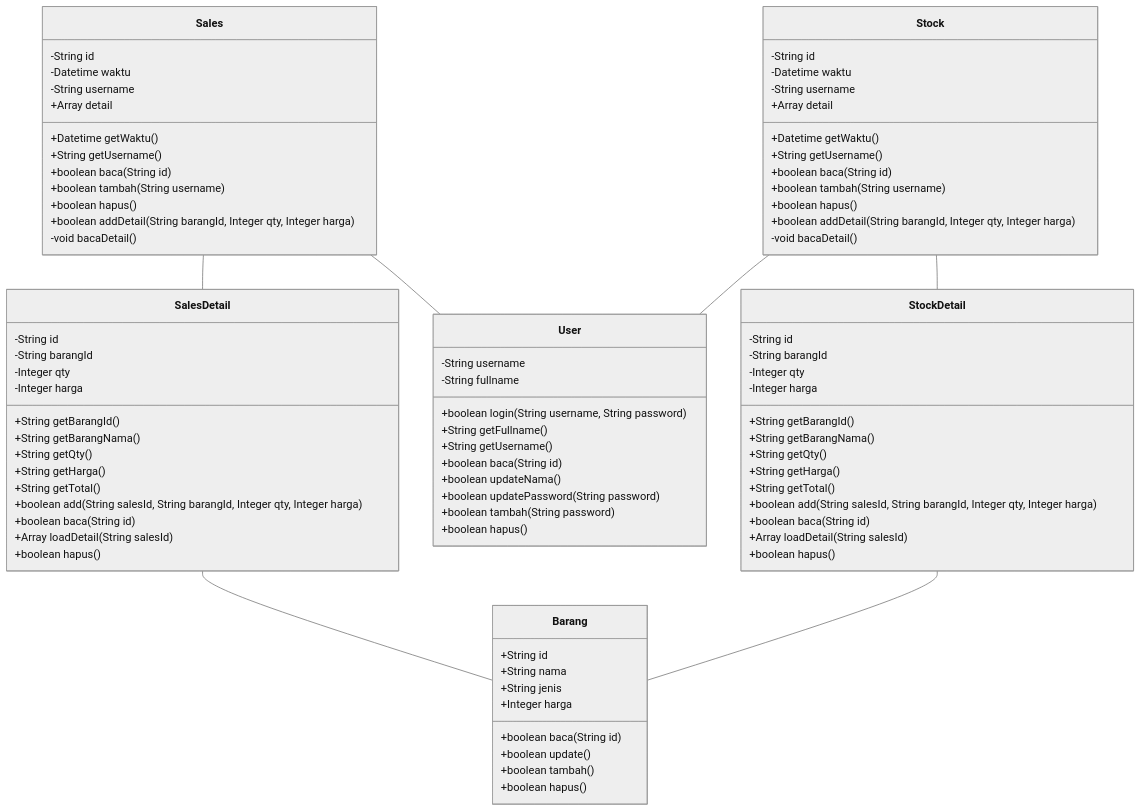
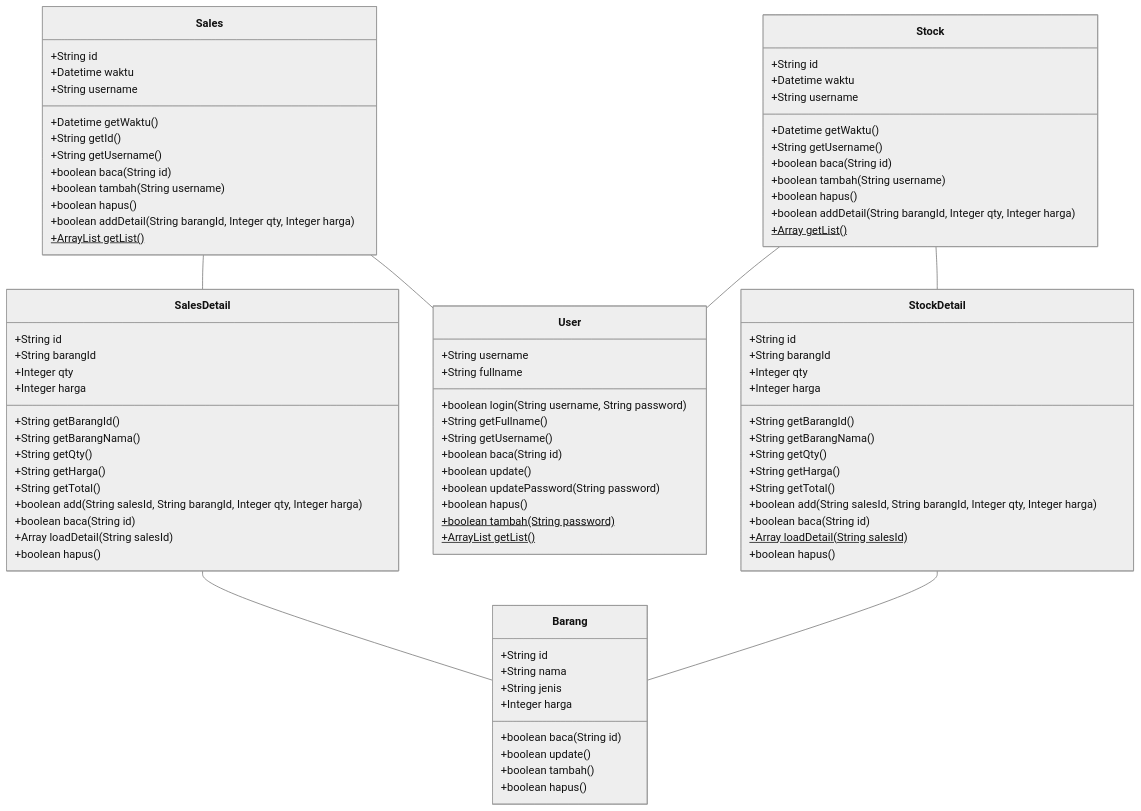
The diagram in latihan/project-1.md (ruang-belajar/java-ee), drawn with Mermaid (neutral theme) before and after one commit. The commit also changed other lines of this file and 1 other file, not shown here.

```diff
--- a/latihan/project-1.md
+++ b/latihan/project-1.md
@@ -28,35 +30,36 @@
         SalesDetail -- Barang
         Stock -- StockDetail
         class User {
-            -String username
-            -String fullname
+            +String username
+            +String fullname
             +boolean login(String username, String password)
             +String getFullname()
             +String getUsername()
             +boolean baca(String id)
-            +boolean updateNama()
+            +boolean update()
             +boolean updatePassword(String password)
-            +boolean tambah(String password)
             +boolean hapus()
+            +boolean tambah(String password)$
+            +ArrayList<User> getList()$
         }
         class Sales {
-            -String id
-            -Datetime waktu
-            -String username
+            +String id
+            +Datetime waktu
+            +String username
             +Datetime getWaktu()
+            +String getId()
             +String getUsername()
             +boolean baca(String id)
             +boolean tambah(String username)
             +boolean hapus()
             +boolean addDetail(String barangId, Integer qty, Integer harga)
-            +Array<SalesDetail> detail
-            -void bacaDetail()
+            +ArrayList<SalesDetail> getList()$
         }
         class SalesDetail {
-            -String id
-            -String barangId
-            -Integer qty
-            -Integer harga
+            +String id
+            +String barangId
+            +Integer qty
+            +Integer harga
             +String getBarangId()
             +String getBarangNama()
             +String getQty()
@@ -78,23 +81,22 @@
             +boolean hapus()
         }
         class Stock {
-            -String id
-            -Datetime waktu
-            -String username
+            +String id
+            +Datetime waktu
+            +String username
             +Datetime getWaktu()
             +String getUsername()
             +boolean baca(String id)
             +boolean tambah(String username)
             +boolean hapus()
             +boolean addDetail(String barangId, Integer qty, Integer harga)
-            +Array<SalesDetail> detail
-            -void bacaDetail()
+            +Array<SalesDetail> getList()$
         }
         class StockDetail {
-            -String id
-            -String barangId
-            -Integer qty
-            -Integer harga
+            +String id
+            +String barangId
+            +Integer qty
+            +Integer harga
             +String getBarangId()
             +String getBarangNama()
             +String getQty()
@@ -102,7 +104,7 @@
             +String getTotal()
             +boolean add(String salesId, String barangId, Integer qty, Integer harga)
             +boolean baca(String id)
-            +Array<SalesDetail> loadDetail(String salesId)
+            +Array<SalesDetail> loadDetail(String salesId)$
             +boolean hapus()
         }
 
```
